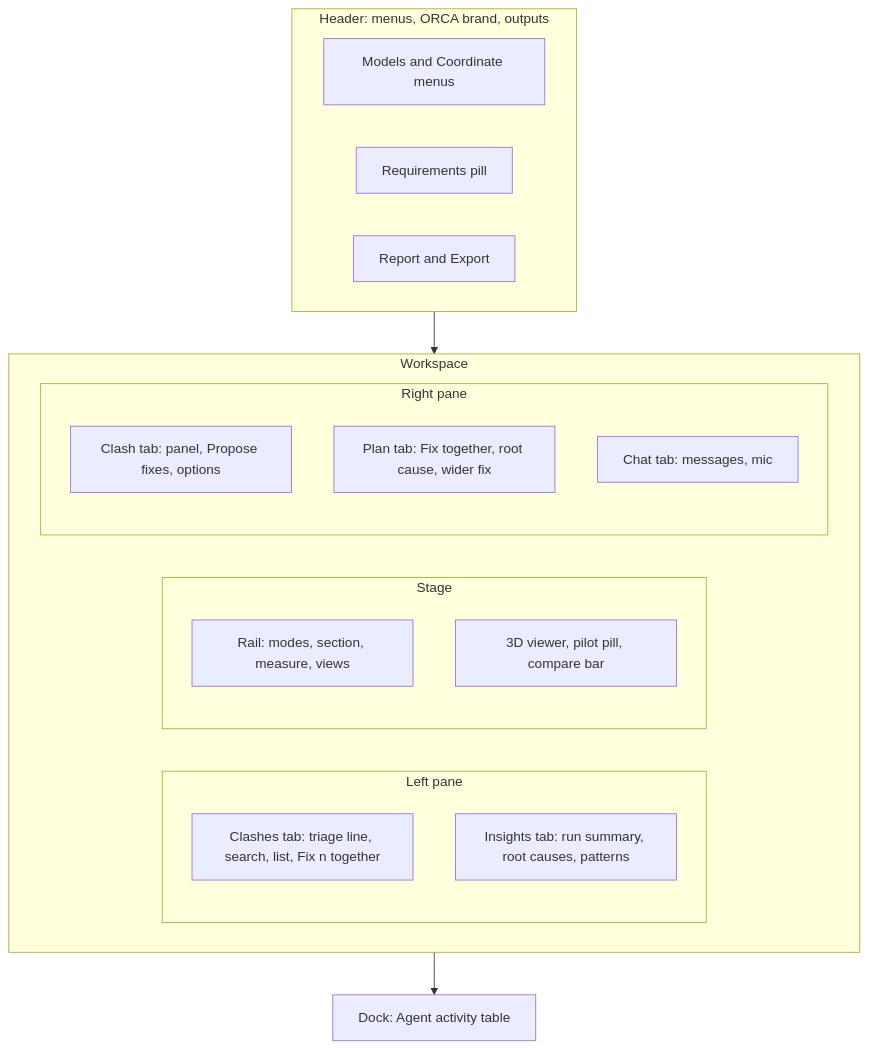
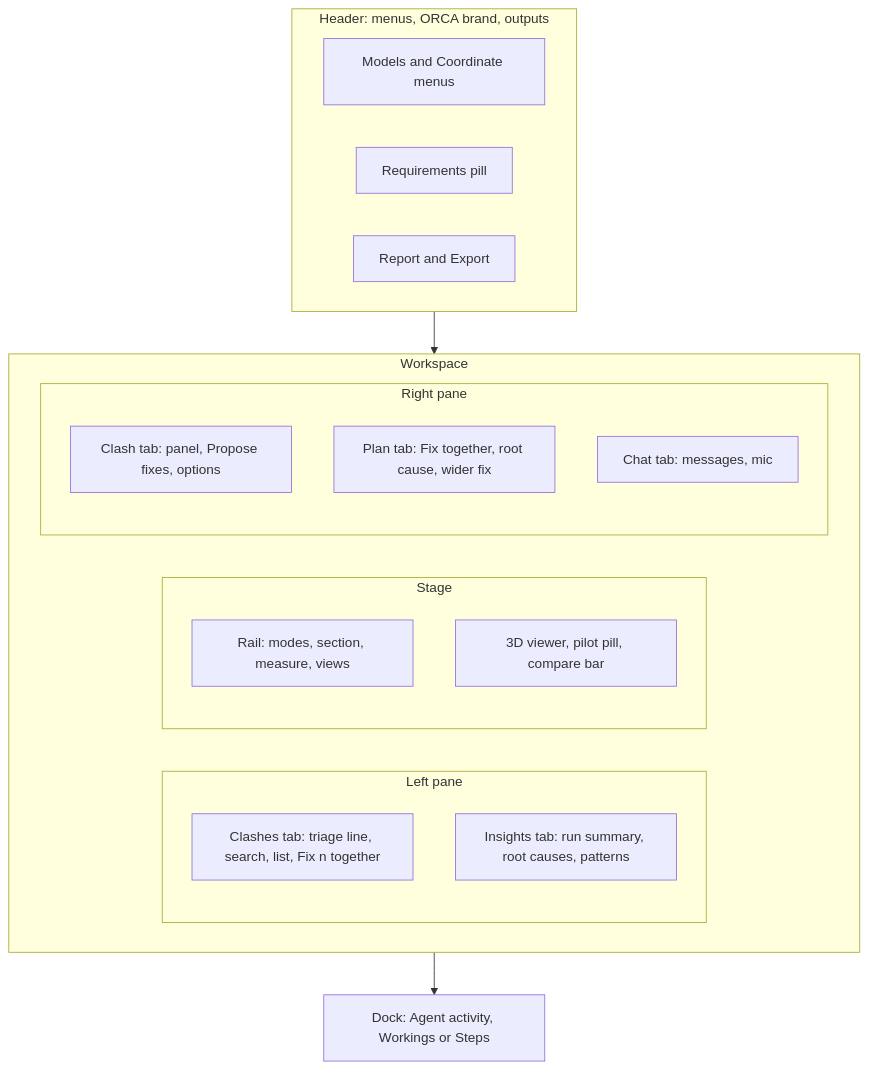
Before and after one commit to IssueLab-Inc/ORCA: the third of 4 diagrams in docs/architecture/01-product-and-journeys.md, drawn with Mermaid. The commit also changed other lines of this file and 7 other files, not shown here.

````diff
--- a/docs/architecture/01-product-and-journeys.md
+++ b/docs/architecture/01-product-and-journeys.md
@@ -291,28 +291,28 @@
 ```mermaid
 flowchart TB
   subgraph header["Header: menus, ORCA brand, outputs"]
     direction LR
     h1["Models and Coordinate menus"]
     h2["Requirements pill"]
     h3["Report and Export"]
   end
   subgraph body["Workspace"]
     direction LR
     subgraph left["Left pane"]
       lt1["Clashes tab: triage line, search, list, Fix n together"]
       lt2["Insights tab: run summary, root causes, patterns"]
     end
     subgraph stage["Stage"]
       rail["Rail: modes, section, measure, views"]
       canvas["3D viewer, pilot pill, compare bar"]
     end
     subgraph right["Right pane"]
       rt1["Clash tab: panel, Propose fixes, options"]
       rt2["Plan tab: Fix together, root cause, wider fix"]
       rt3["Chat tab: messages, mic"]
     end
   end
-  dock["Dock: Agent activity table"]
+  dock["Dock: Agent activity, Workings or Steps"]
   header --> body
   body --> dock
 ```
````
